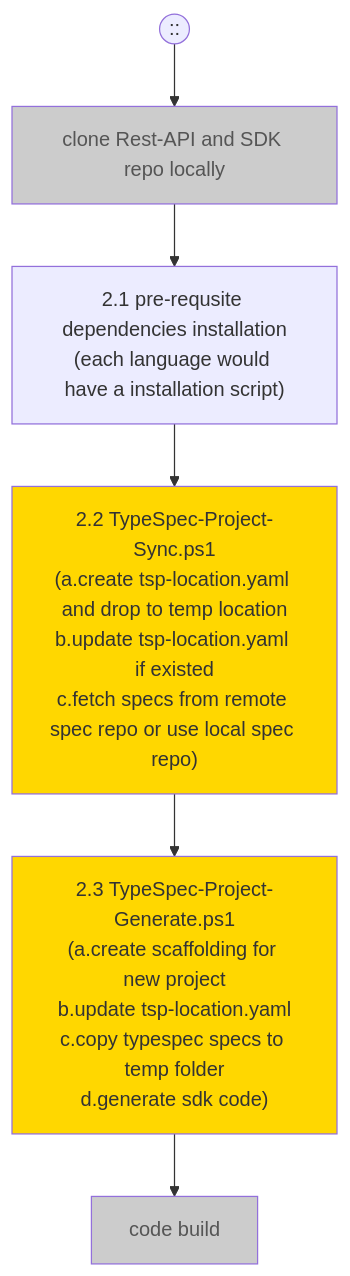
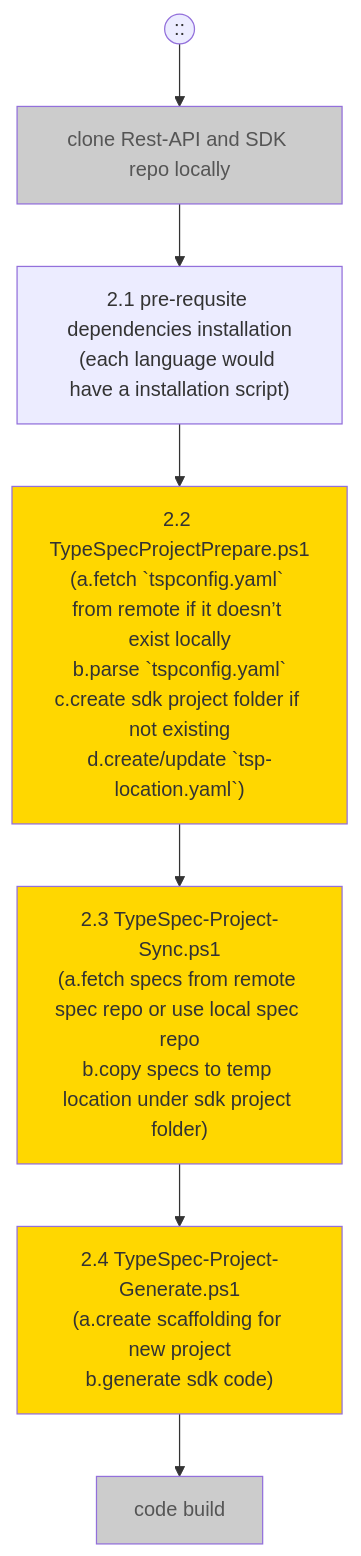
Before and after one commit to Azure/azure-rest-api-specs: the second of 5 diagrams in documentation/typespec-end-to-end-scenarios.md, drawn with Mermaid. The commit also changed other lines of this file, not shown here.

Commit message:
Updated common script part in typespec e2e doc

````diff
--- a/documentation/typespec-end-to-end-scenarios.md
+++ b/documentation/typespec-end-to-end-scenarios.md
@@ -64,21 +64,24 @@
 ```mermaid
 flowchart TD
 classDef highlight fill:#ffd700
 classDef grey fill:#CCCCCC,color:#555555;
 User((::))-->A
 A["clone Rest-API and SDK repo locally"] --> B
 B["2.1 pre-requsite dependencies installation
-(each language would have a installation script)"] --> C
-C["2.2 TypeSpec-Project-Sync.ps1
-(a.create tsp-location.yaml and drop to temp location
-b.update tsp-location.yaml if existed
-c.fetch specs from remote spec repo or use local spec repo)"] --> D
- D["2.3 TypeSpec-Project-Generate.ps1
+(each language would have a installation script)"] --> F
+F["2.2 TypeSpecProjectPrepare.ps1
+(a.fetch `tspconfig.yaml` from remote if it doesn’t exist locally
+b.parse `tspconfig.yaml`
+c.create sdk project folder if not existing
+d.create/update `tsp-location.yaml`)
+"] --> C
+C["2.3 TypeSpec-Project-Sync.ps1
+(a.fetch specs from remote spec repo or use local spec repo
+b.copy specs to temp location under sdk project folder)"] --> D
+D["2.4 TypeSpec-Project-Generate.ps1
 (a.create scaffolding for new project
-b.update tsp-location.yaml
-c.copy typespec specs to temp folder
-d.generate sdk code)"]
+b.generate sdk code)"]
 D-->E["code build"]
 class A,E grey
-class C,D highlight
+class C,D,F highlight
 ```
````
